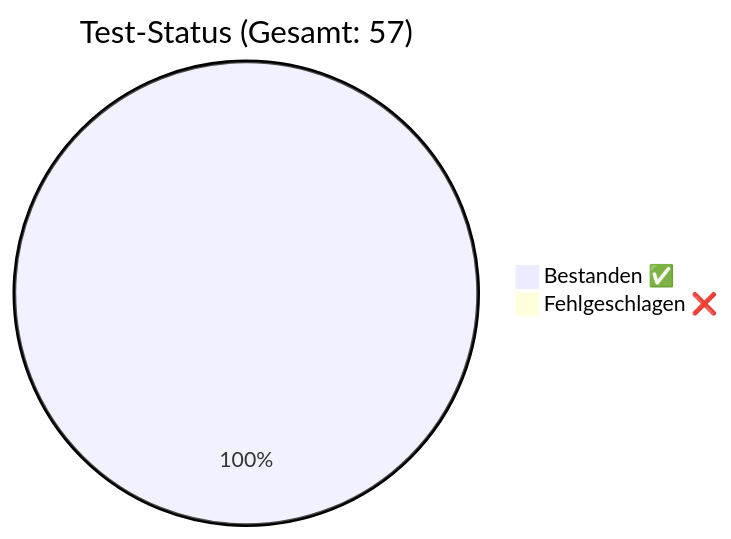
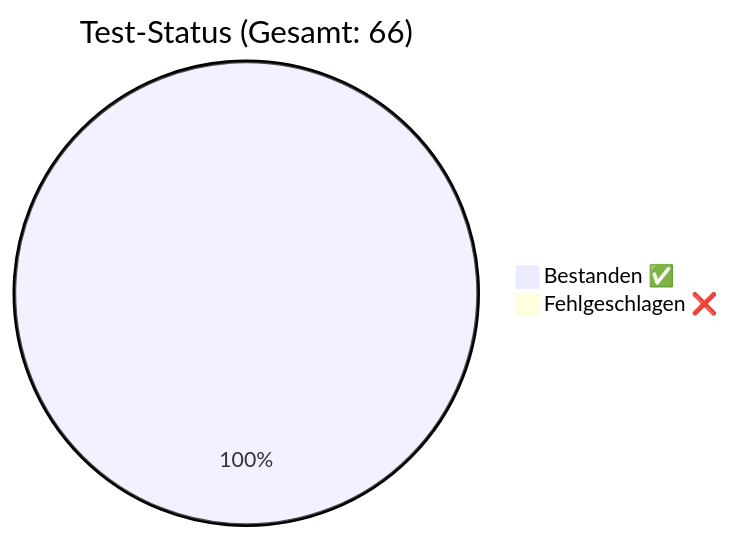
One commit to rorila/GCS changed the diagram in docs/QA_Report.md. Above: the diagram before and after it, drawn with Mermaid. The commit also changed other lines of this file and 37 other files, not shown here.

````diff
--- a/docs/QA_Report.md
+++ b/docs/QA_Report.md
@@ -7,5 +7,5 @@
 ```mermaid
-pie title Test-Status (Gesamt: 57)
-    "Bestanden ✅" : 57
+pie title Test-Status (Gesamt: 66)
+    "Bestanden ✅" : 66
     "Fehlgeschlagen ❌" : 0
 ```
````
